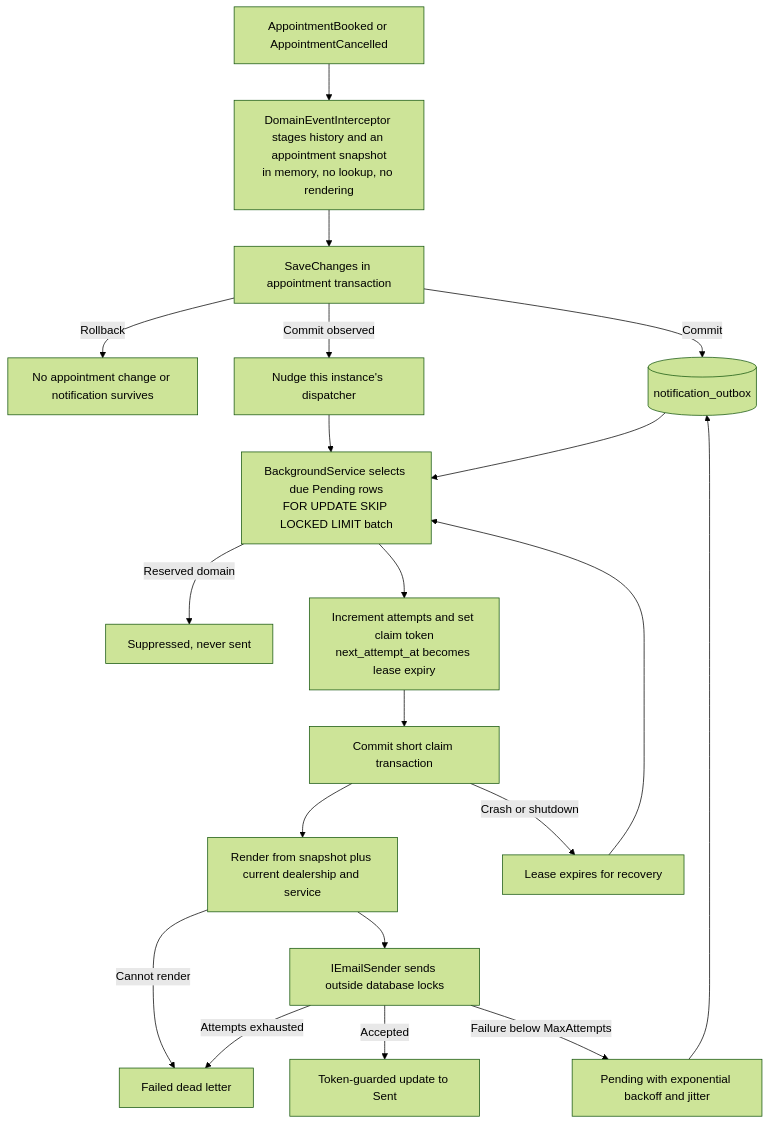
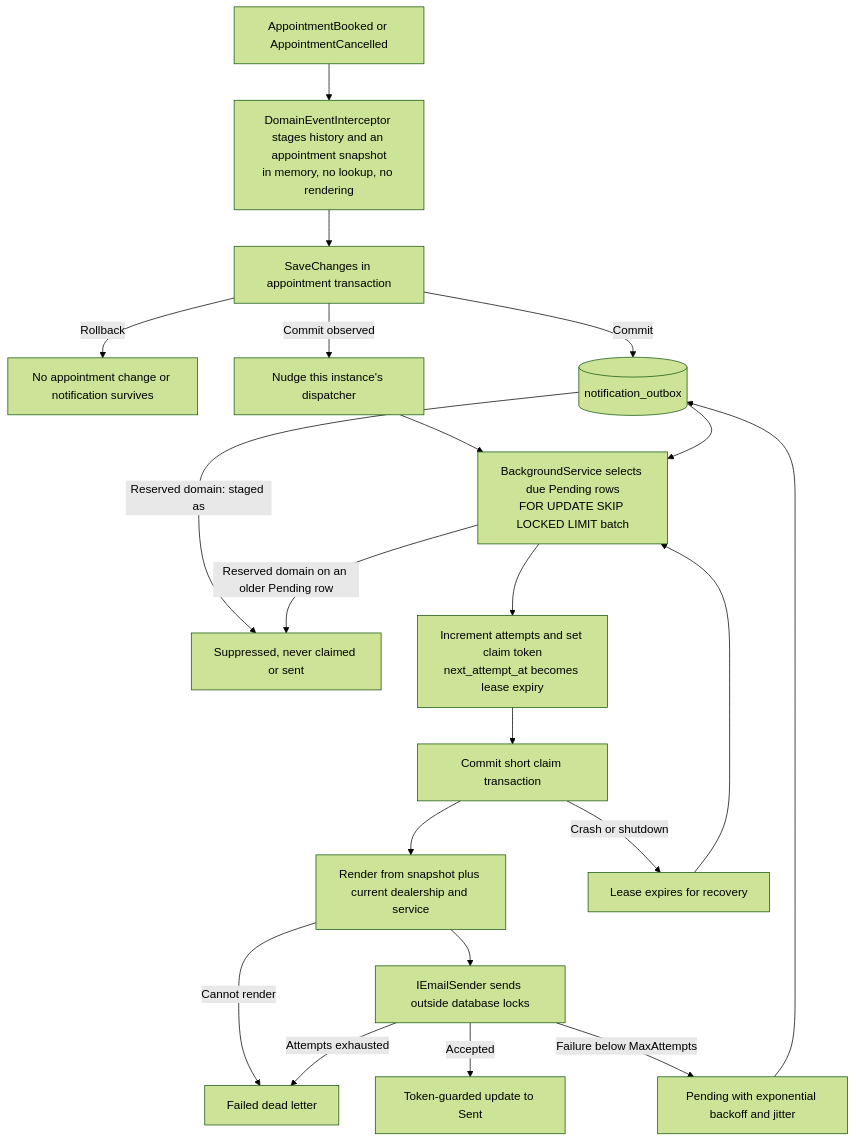
Diagram 11 of 13 in docs/SYSTEM_DESIGN.md (kylesmile1103/keyloop-service-scheduler), drawn with Mermaid (forest theme) before and after one commit. The commit also changed other lines of this file and 11 other files, not shown here.

````diff
--- a/docs/SYSTEM_DESIGN.md
+++ b/docs/SYSTEM_DESIGN.md
@@ -951,22 +951,23 @@
 ```mermaid
 flowchart TD
     A[AppointmentBooked or AppointmentCancelled] --> B[DomainEventInterceptor stages history and an appointment snapshot<br/>in memory, no lookup, no rendering]
     B --> C[SaveChanges in appointment transaction]
     C -->|Rollback| D[No appointment change or notification survives]
     C -->|Commit| E[(notification_outbox)]
     C -->|Commit observed| N[Nudge this instance's dispatcher]
+    E -->|Reserved domain: staged as| S[Suppressed, never claimed or sent]
     N --> F
     E --> F[BackgroundService selects due Pending rows<br/>FOR UPDATE SKIP LOCKED LIMIT batch]
-    F -->|Reserved domain| S[Suppressed, never sent]
+    F -->|Reserved domain on an older Pending row| S
     F --> G[Increment attempts and set claim token<br/>next_attempt_at becomes lease expiry]
     G --> H[Commit short claim transaction]
     H --> R[Render from snapshot plus current dealership and service]
     R -->|Cannot render| L
     R --> I[IEmailSender sends outside database locks]
     I -->|Accepted| J[Token-guarded update to Sent]
     I -->|Failure below MaxAttempts| K[Pending with exponential backoff and jitter]
     K --> E
     I -->|Attempts exhausted| L[Failed dead letter]
     H -->|Crash or shutdown| M[Lease expires for recovery]
     M --> F
 ```
````
